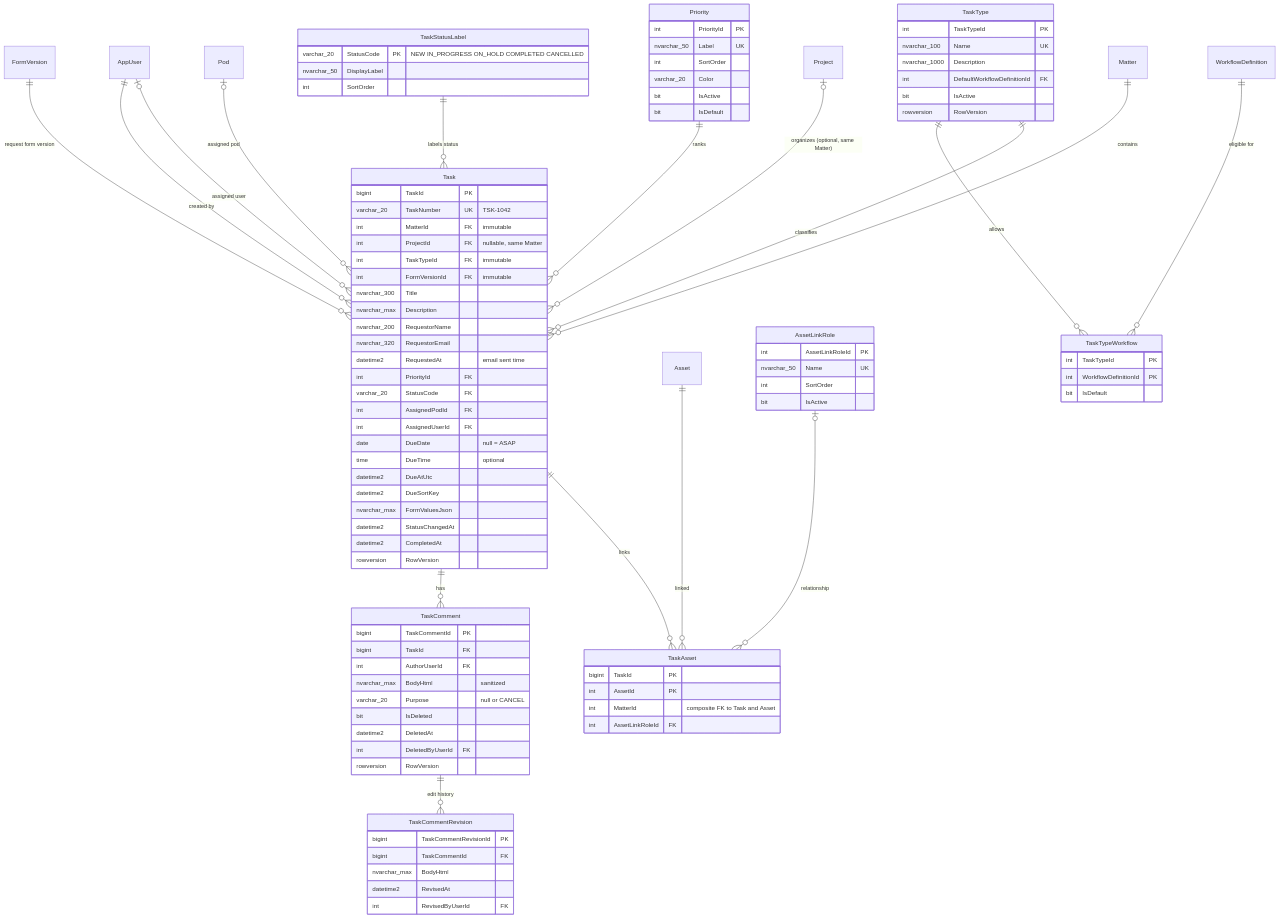
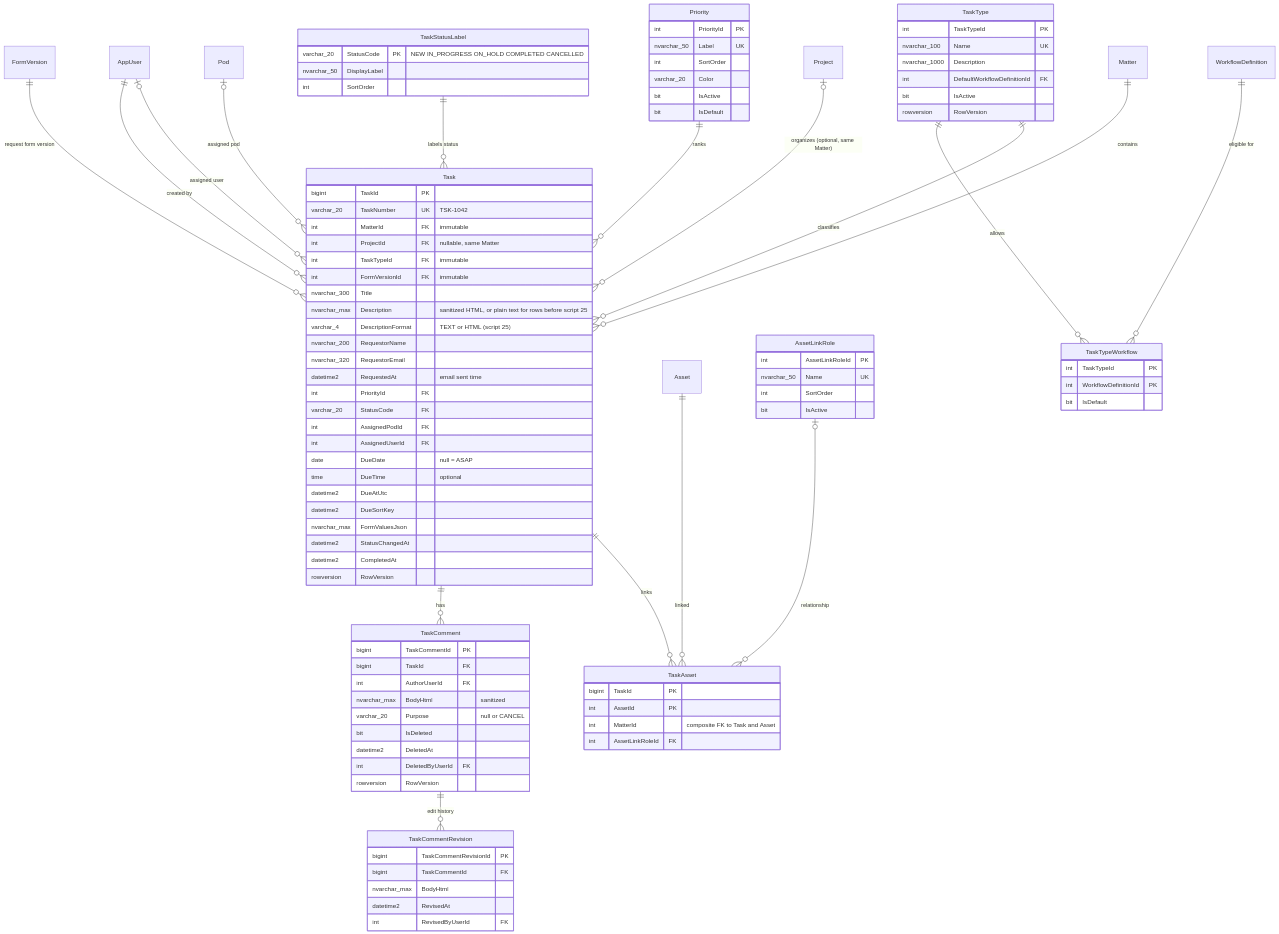
Before and after one commit to dent-ist/MatterFlow: the fourth of 7 diagrams in docs/erd.md, drawn with Mermaid. The commit also changed other lines of this file and 27 other files, not shown here.

First line of the commit message:
Rich description: e2e (paste, hostile paste, email intake, legacy text, axe, keyboard), focusable scrolling box for read-view tables, docs and screenshots

```diff
--- a/docs/erd.md
+++ b/docs/erd.md
@@ -337,7 +337,8 @@
     int TaskTypeId FK "immutable"
     int FormVersionId FK "immutable"
     nvarchar_300 Title
-    nvarchar_max Description
+    nvarchar_max Description "sanitized HTML, or plain text for rows before script 25"
+    varchar_4 DescriptionFormat "TEXT or HTML (script 25)"
     nvarchar_200 RequestorName
     nvarchar_320 RequestorEmail
     datetime2 RequestedAt "email sent time"
```
